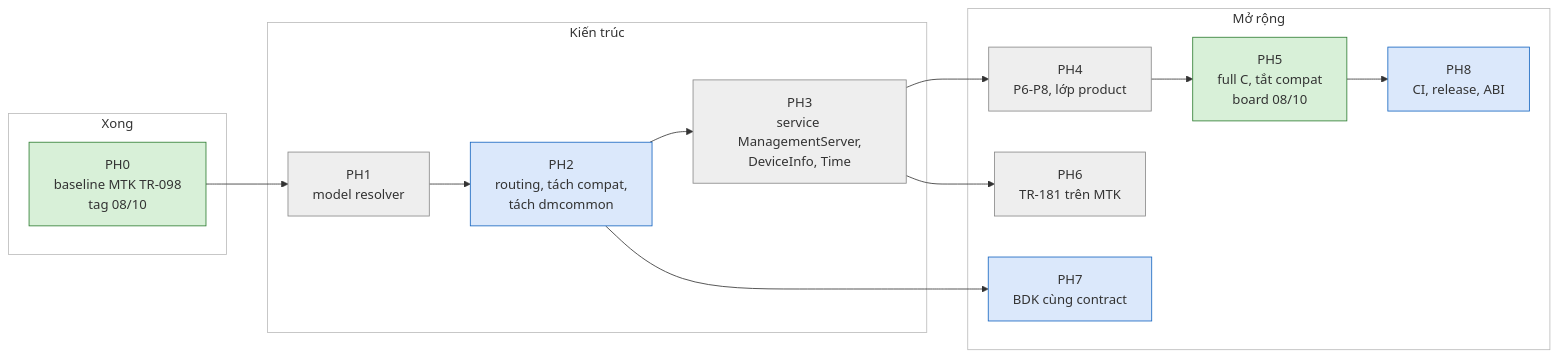
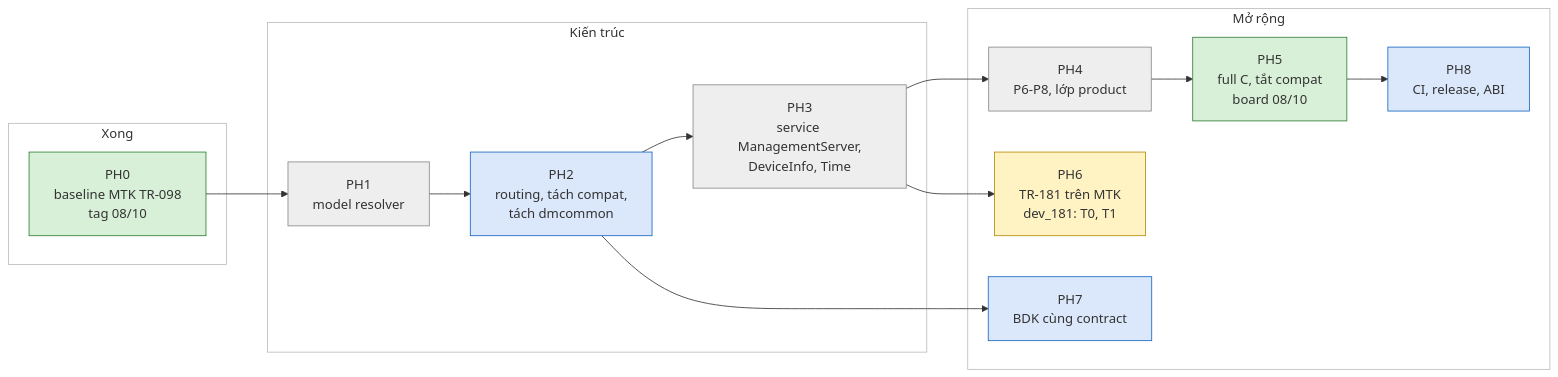
One commit to tunguyenvanbn94/icwmpMultiSdk changed the diagram in docs/handover/icwmp_progress_matrix.md. Above: the diagram before and after it, drawn with Mermaid. The commit also changed other lines of this file and 3 other files, not shown here.

````diff
--- a/docs/handover/icwmp_progress_matrix.md
+++ b/docs/handover/icwmp_progress_matrix.md
@@ -17,34 +17,34 @@
 ```mermaid
 flowchart LR
     subgraph NOW["Xong"]
         PH0["PH0<br/>baseline MTK TR-098<br/>tag 08/10"]
     end
     subgraph NEXT["Kiến trúc"]
         PH1["PH1<br/>model resolver"]
         PH2["PH2<br/>routing, tách compat,<br/>tách dmcommon"]
         PH3["PH3<br/>service ManagementServer,<br/>DeviceInfo, Time"]
     end
     subgraph LATER["Mở rộng"]
         PH4["PH4<br/>P6-P8, lớp product"]
         PH5["PH5<br/>full C, tắt compat<br/>board 08/10"]
-        PH6["PH6<br/>TR-181 trên MTK"]
+        PH6["PH6<br/>TR-181 trên MTK<br/>dev_181: T0, T1"]
         PH7["PH7<br/>BDK cùng contract"]
         PH8["PH8<br/>CI, release, ABI"]
     end
     PH0 --> PH1 --> PH2 --> PH3 --> PH4 --> PH5
     PH3 --> PH6
     PH2 --> PH7
     PH5 --> PH8
     style NOW fill:#ffffff,stroke:#bbbbbb
     style NEXT fill:#ffffff,stroke:#bbbbbb
     style LATER fill:#ffffff,stroke:#bbbbbb
     style PH0 fill:#d8f0d8,stroke:#2e7d32
     style PH2 fill:#dbe8fb,stroke:#1565c0
     style PH7 fill:#dbe8fb,stroke:#1565c0
     style PH8 fill:#dbe8fb,stroke:#1565c0
     style PH1 fill:#eeeeee,stroke:#888888
     style PH3 fill:#eeeeee,stroke:#888888
     style PH4 fill:#eeeeee,stroke:#888888
     style PH5 fill:#d8f0d8,stroke:#2e7d32
-    style PH6 fill:#eeeeee,stroke:#888888
+    style PH6 fill:#fff3c4,stroke:#b58900
 ```
````
